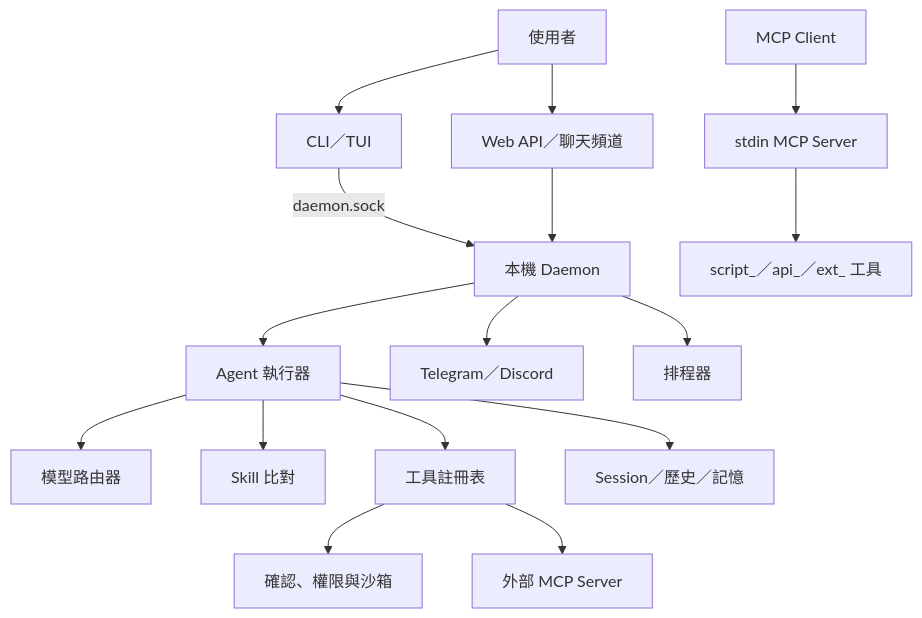
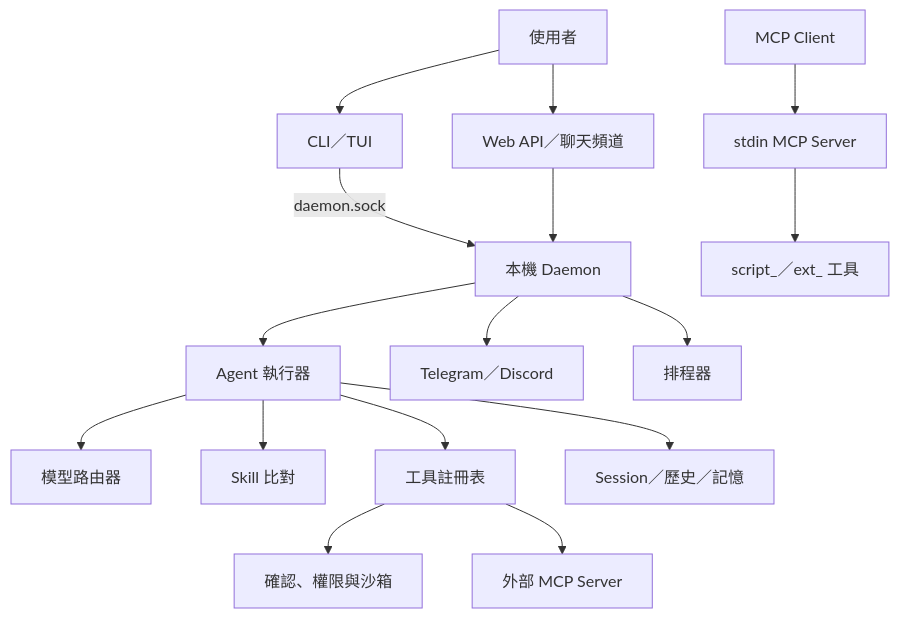
One commit to pardnchiu/Agenvoy changed the first of 10 diagrams in doc/architecture.zh.md. Above: the diagram before and after it, drawn with Mermaid. The commit also changed other lines of this file and 5 other files, not shown here.

Commit message:
doc: Update README and architecture docs for public API lookup, sudo/sandbox escalation, background_command and decision model dispatch

````diff
--- a/doc/architecture.zh.md
+++ b/doc/architecture.zh.md
@@ -11,18 +11,18 @@
 ```mermaid
 graph TB
     User[使用者] --> TUI[CLI／TUI]
     User --> Web[Web API／聊天頻道]
     Client[MCP Client] --> MCPServer[stdin MCP Server]
     TUI -->|daemon.sock| Daemon[本機 Daemon]
     Web --> Daemon
     Daemon --> Exec[Agent 執行器]
-    MCPServer --> ToolBox[script_／api_／ext_ 工具]
+    MCPServer --> ToolBox[script_／ext_ 工具]
     Exec --> Router[模型路由器]
     Exec --> Skills[Skill 比對]
     Exec --> Tools[工具註冊表]
     Exec --> Sessions[Session／歷史／記憶]
     Tools --> Guard[確認、權限與沙箱]
     Daemon --> Channels[Telegram／Discord]
     Daemon --> Scheduler[排程器]
     Tools --> MCPClient[外部 MCP Server]
 ```
````
